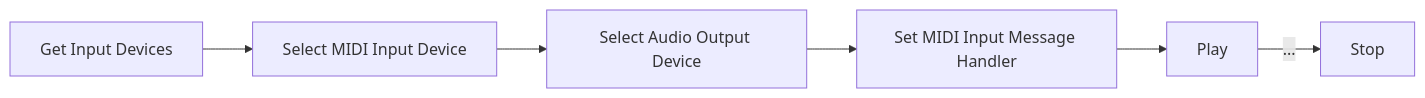
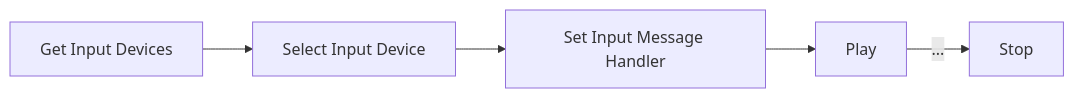
Before and after one commit to aidan-clyens/miniaudioengine: the sixth of 21 diagrams in docs/DESIGN_DOC.md, drawn with Mermaid. The commit also changed other lines of this file, not shown here.

````diff
--- a/docs/DESIGN_DOC.md
+++ b/docs/DESIGN_DOC.md
@@ -189,16 +197,14 @@
 ```mermaid
 flowchart LR
 
     Step1["Get Input Devices"]
-    Step2["Select MIDI Input Device"]
-    Step3["Select Audio Output Device"]
-    Step4["Set MIDI Input Message Handler"]
+    Step2["Select Input Device"]
+    Step4["Set Input Message Handler"]
     Step5["Play"]
     Step6["Stop"]
 
     Step1 --> Step2
-    Step2 --> Step3
-    Step3 --> Step4
+    Step2 --> Step4
     Step4 --> Step5
     Step5 --> |...|Step6
 ```
````
